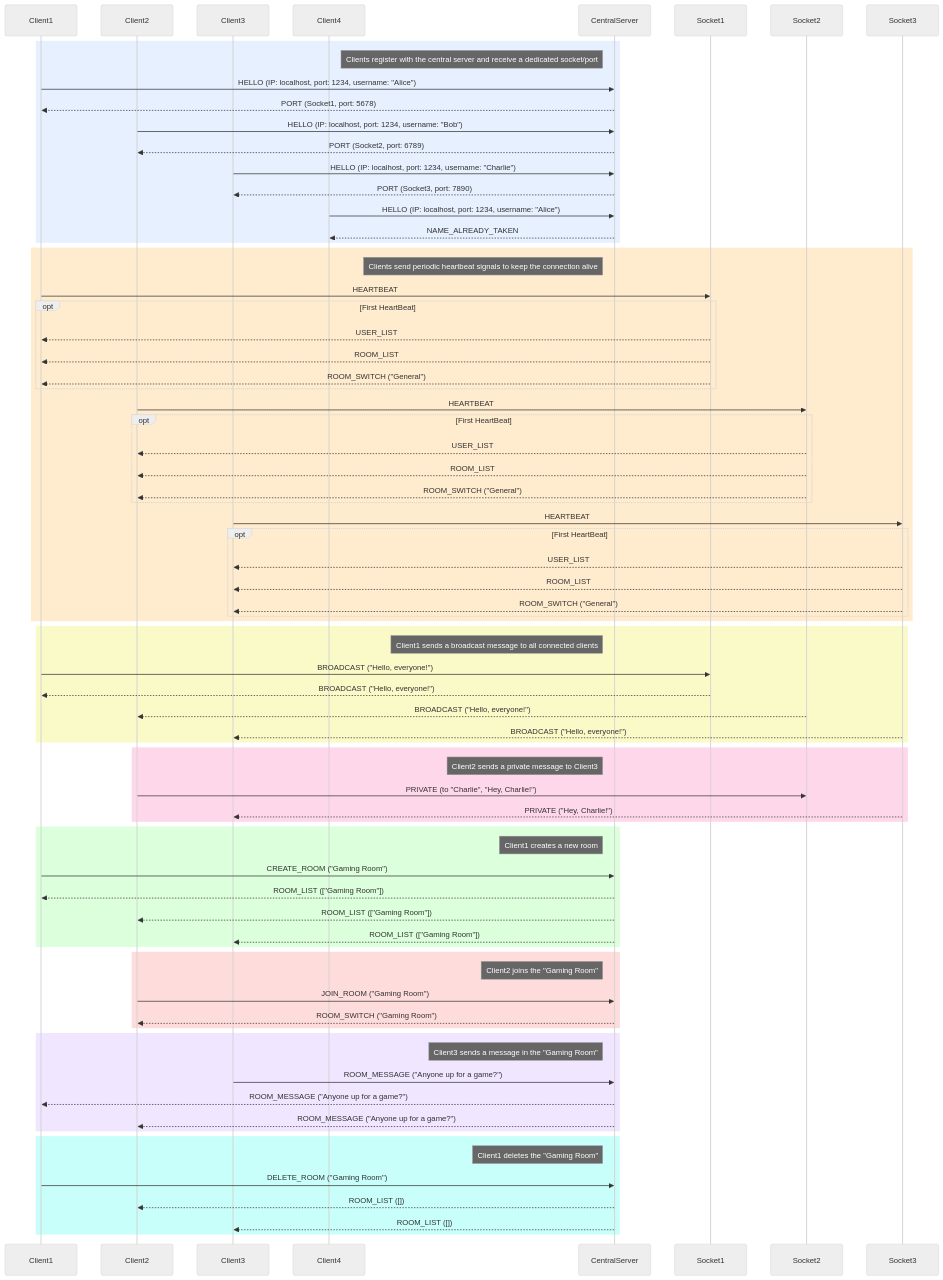
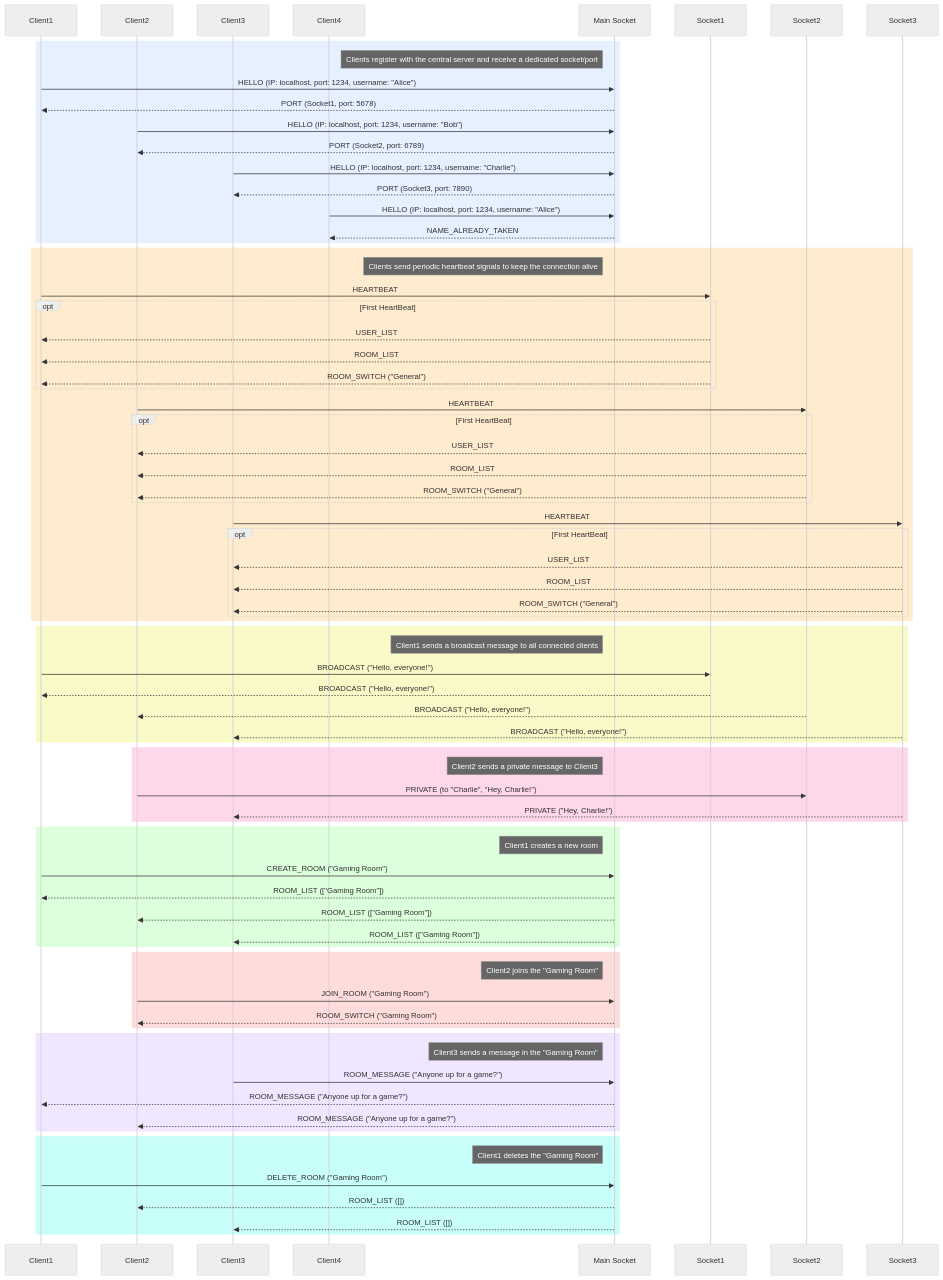
The second of 2 diagrams in readme.md (FlashOnFire/tpudp), drawn with Mermaid (neutral theme) before and after one commit.

Commit message:
Rename CentralServer to Main Socket in sequence diagram

```diff
--- a/readme.md
+++ b/readme.md
@@ -139,7 +139,7 @@
   participant Client2 as Client2
   participant Client3 as Client3
   participant Client4 as Client4
-  participant CentralServer as CentralServer
+  participant CentralServer as Main Socket
   participant Socket1 as Socket1
   participant Socket2 as Socket2
   participant Socket3 as Socket3
```
